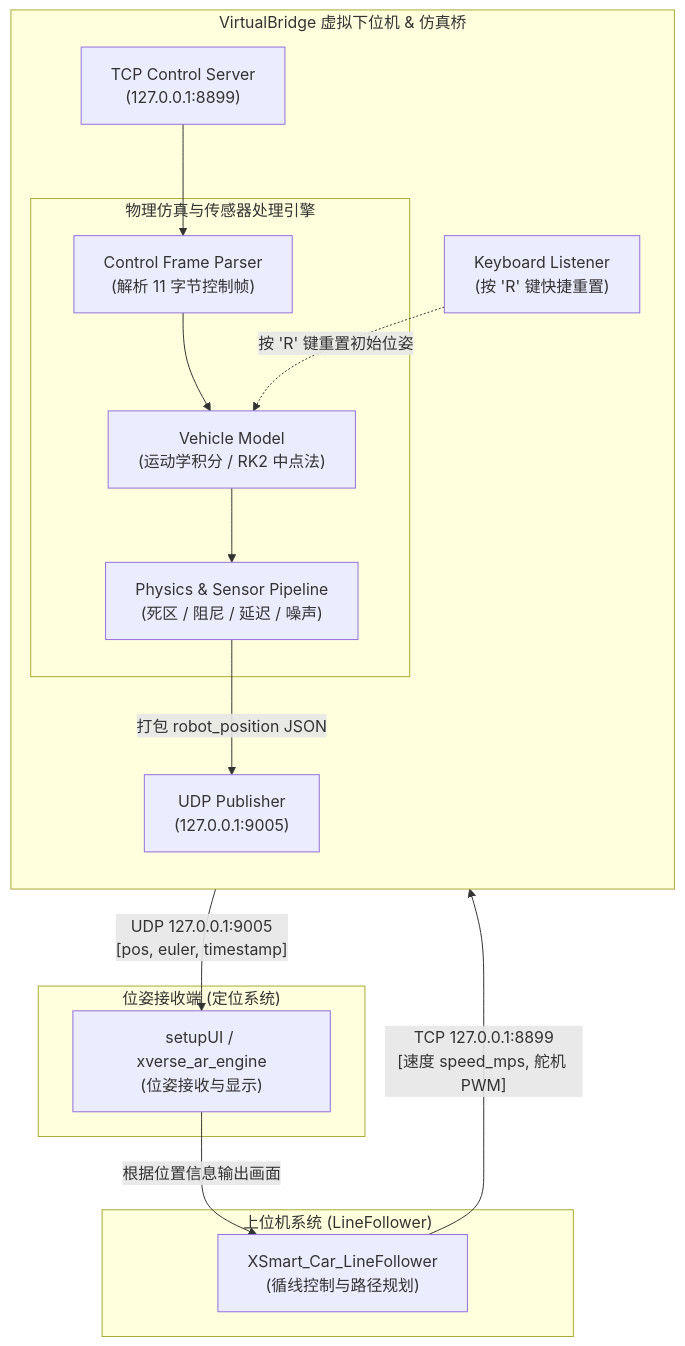
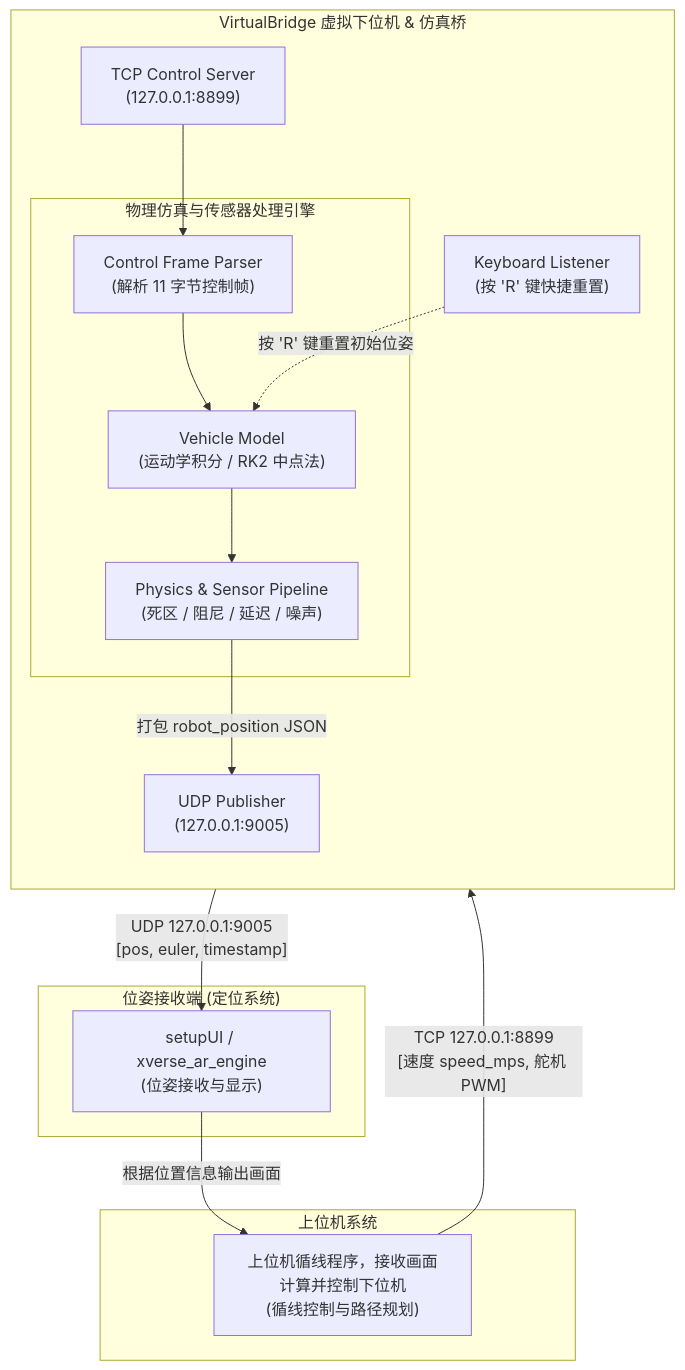
The diagram in README.md (Cicada000/XSmart_Car_VirtualBridge), drawn with Mermaid before and after one commit. The commit also changed other lines of this file, not shown here.

````diff
--- a/README.md
+++ b/README.md
@@ -17,34 +17,34 @@
 ```mermaid
 flowchart TB
-    subgraph UpperComputer["上位机系统 (LineFollower)"]
-        A["XSmart_Car_LineFollower<br/>(循线控制与路径规划)"]
+    subgraph UpperComputer["上位机系统"]
+        A["上位机循线程序，接收画面计算并控制下位机<br/>(循线控制与路径规划)"]
     end
 
     subgraph VirtualBridgeCore["VirtualBridge 虚拟下位机 & 仿真桥"]
         direction TB
         B["TCP Control Server<br/>(127.0.0.1:8899)"]
         
         subgraph Engine["物理仿真与传感器处理引擎"]
             C["Control Frame Parser<br/>(解析 11 字节控制帧)"]
             D["Vehicle Model<br/>(运动学积分 / RK2 中点法)"]
             E["Physics & Sensor Pipeline<br/>(死区 / 阻尼 / 延迟 / 噪声)"]
         end
 
         F["UDP Publisher<br/>(127.0.0.1:9005)"]
         G["Keyboard Listener<br/>(按 'R' 键快捷重置)"]
     end
 
     subgraph PositionReceiver["位姿接收端 (定位系统)"]
         H["setupUI / xverse_ar_engine<br/>(位姿接收与显示)"]
     end
 
     %% 数据流向
     A -- "TCP 127.0.0.1:8899<br/>[速度 speed_mps, 舵机 PWM]" --> B
     B --> C
     C --> D
     D --> E
     E -- "打包 robot_position JSON" --> F
     F -- "UDP 127.0.0.1:9005<br/>[pos, euler, timestamp]" --> H
     H -- "根据位置信息输出画面" --> A
     G -. "按 'R' 键重置初始位姿" .-> D
 ```
````
